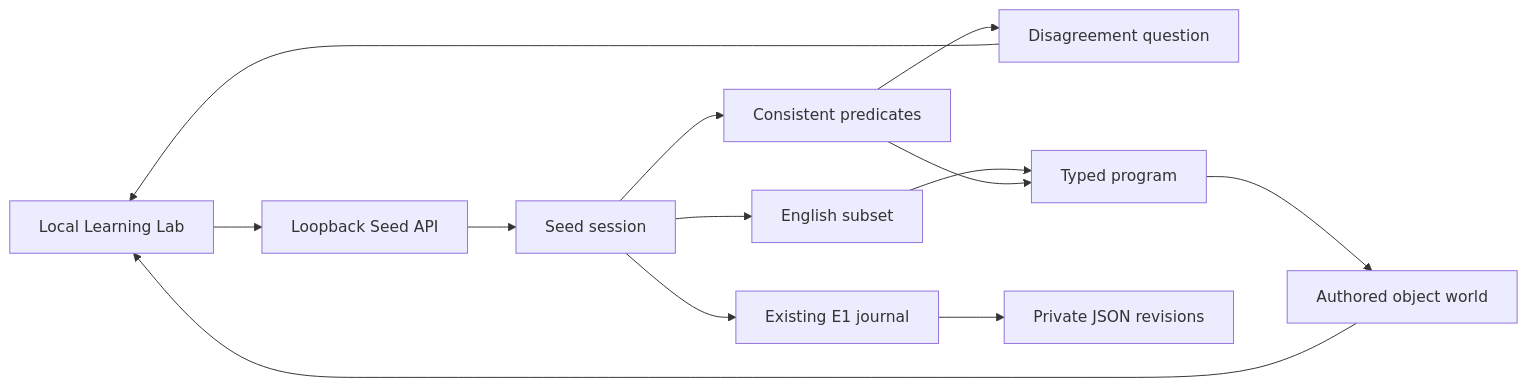
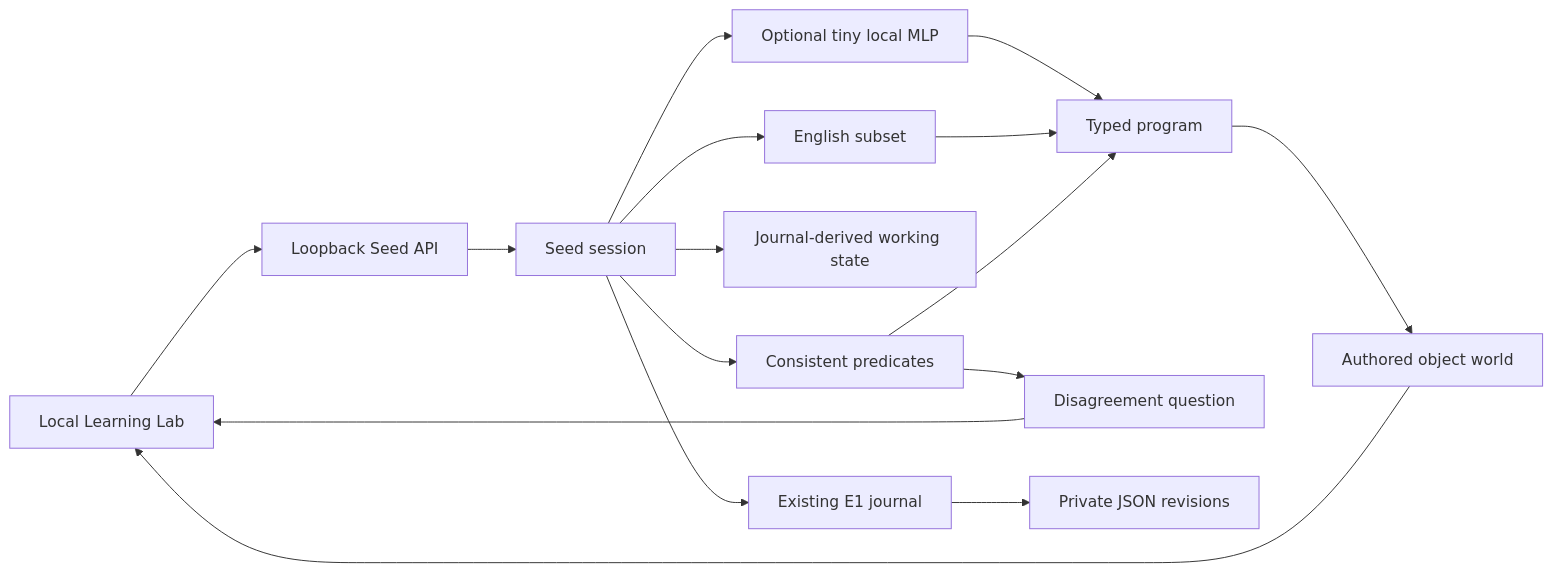
Before and after one commit to ajayghimire9-bit/nexus-ai: the diagram in docs/seed/ARCHITECTURE.md, drawn with Mermaid. The commit also changed other lines of this file and 17 other files, not shown here.

````diff
--- a/docs/seed/ARCHITECTURE.md
+++ b/docs/seed/ARCHITECTURE.md
@@ -6,15 +25,18 @@
 ```mermaid
 flowchart LR
   UI[Local Learning Lab] --> API[Loopback Seed API]
   API --> Session[Seed session]
   Session --> Parse[English subset]
+  Session --> Neural[Optional tiny local MLP]
+  Neural --> Plan
+  Session --> Working[Journal-derived working state]
   Session --> Learn[Consistent predicates]
   Learn --> Ask[Disagreement question]
   Parse --> Plan[Typed program]
   Learn --> Plan
   Plan --> World[Authored object world]
   Session --> Journal[Existing E1 journal]
   Journal --> Save[Private JSON revisions]
   World --> UI
   Ask --> UI
 ```
````
